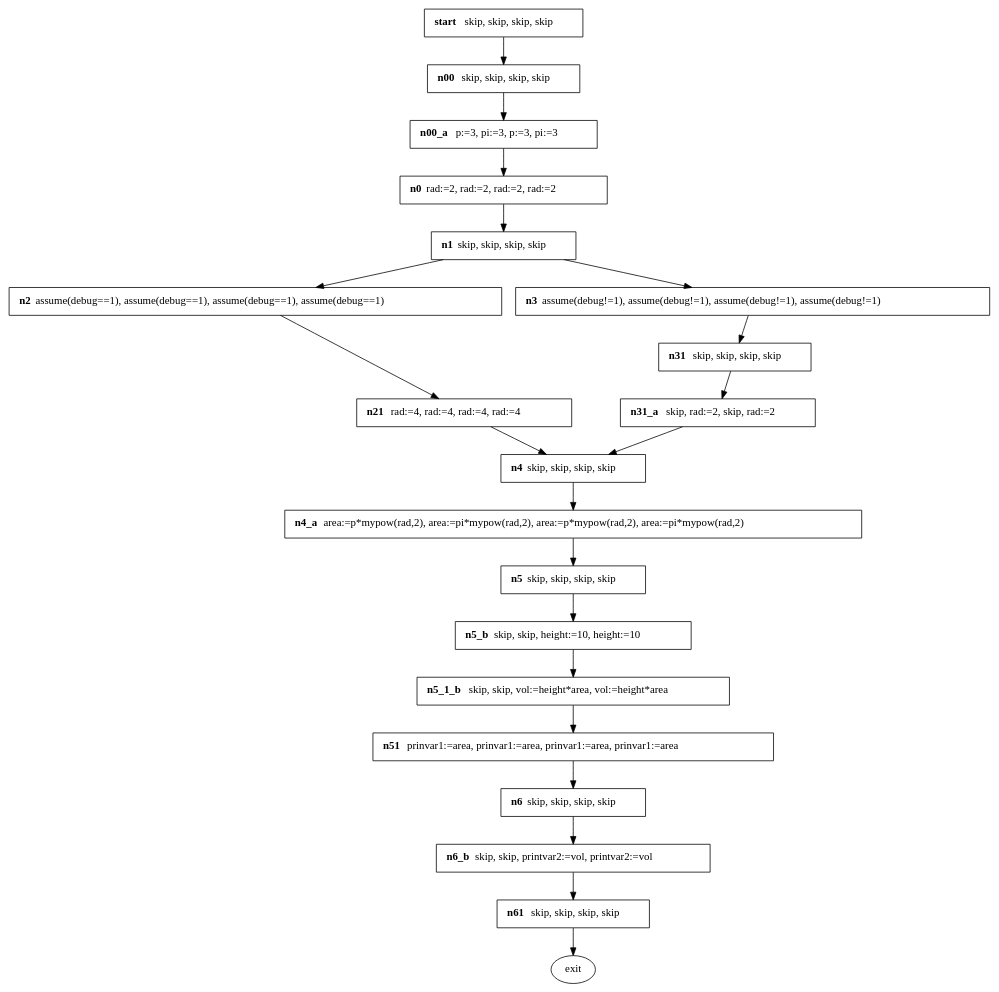
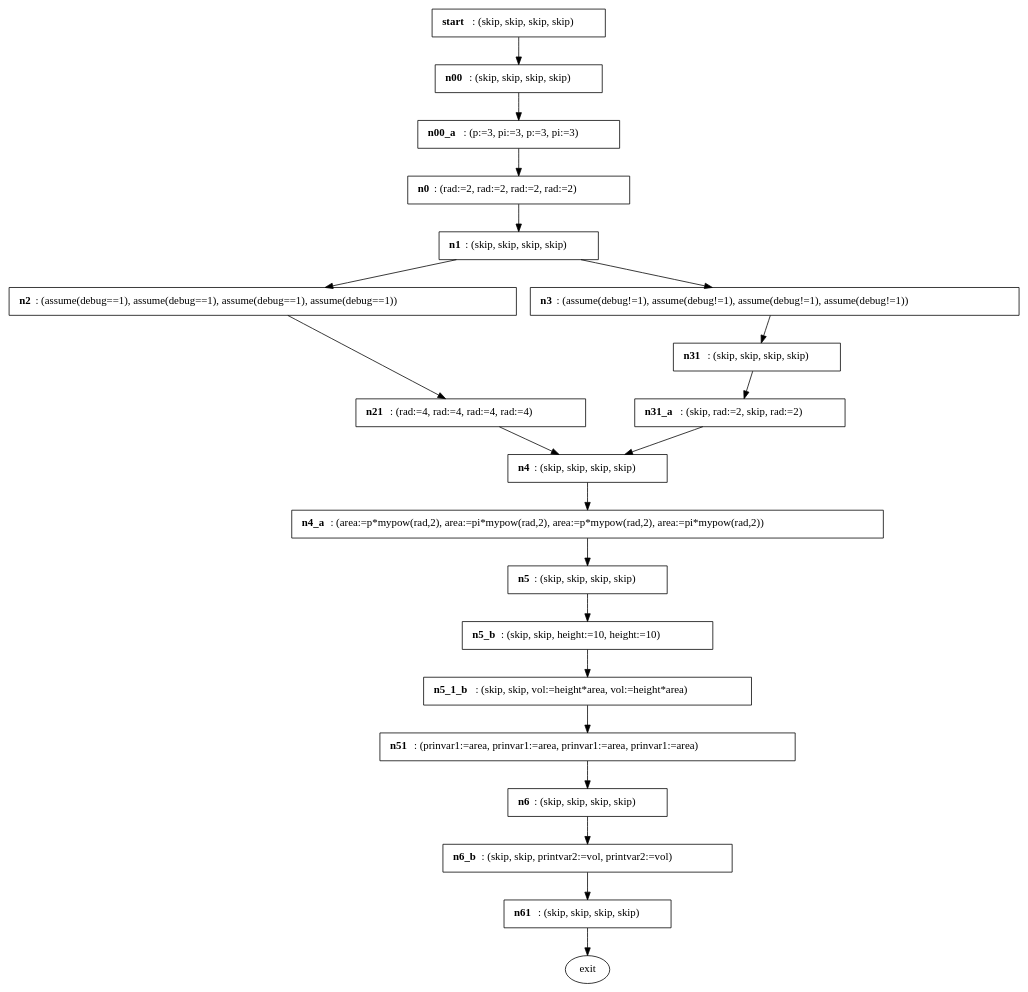
One commit to marcelosousa/safemerge changed the diagram in examples/reps/ex1/t.dot. Above: the diagram before and after it, drawn with Graphviz. The commit also changed 2 other files, not shown here.

```diff
--- a/examples/reps/ex1/t.dot
+++ b/examples/reps/ex1/t.dot
@@ -1,41 +1,41 @@
 digraph product {
-n0 [label=< <B>n0</B>rad:=2, rad:=2, rad:=2, rad:=2>, shape=box]
+n0 [label=< <B>n0</B>: (rad:=2, rad:=2, rad:=2, rad:=2)>, shape=box]
 n0 -> n1
-n00 [label=< <B>n00</B>skip, skip, skip, skip>, shape=box]
+n00 [label=< <B>n00</B>: (skip, skip, skip, skip)>, shape=box]
 n00 -> n00_a
-n00_a [label=< <B>n00_a</B>p:=3, pi:=3, p:=3, pi:=3>, shape=box]
+n00_a [label=< <B>n00_a</B>: (p:=3, pi:=3, p:=3, pi:=3)>, shape=box]
 n00_a -> n0
-n1 [label=< <B>n1</B>skip, skip, skip, skip>, shape=box]
+n1 [label=< <B>n1</B>: (skip, skip, skip, skip)>, shape=box]
 n1 -> n2
 n1 -> n3
-n2 [label=< <B>n2</B>assume(debug==1), assume(debug==1), assume(debug==1), assume(debug==1)>, shape=box]
+n2 [label=< <B>n2</B>: (assume(debug==1), assume(debug==1), assume(debug==1), assume(debug==1))>, shape=box]
 n2 -> n21
-n21 [label=< <B>n21</B>rad:=4, rad:=4, rad:=4, rad:=4>, shape=box]
+n21 [label=< <B>n21</B>: (rad:=4, rad:=4, rad:=4, rad:=4)>, shape=box]
 n21 -> n4
-n3 [label=< <B>n3</B>assume(debug!=1), assume(debug!=1), assume(debug!=1), assume(debug!=1)>, shape=box]
+n3 [label=< <B>n3</B>: (assume(debug!=1), assume(debug!=1), assume(debug!=1), assume(debug!=1))>, shape=box]
 n3 -> n31
-n31 [label=< <B>n31</B>skip, skip, skip, skip>, shape=box]
+n31 [label=< <B>n31</B>: (skip, skip, skip, skip)>, shape=box]
 n31 -> n31_a
-n31_a [label=< <B>n31_a</B>skip, rad:=2, skip, rad:=2>, shape=box]
+n31_a [label=< <B>n31_a</B>: (skip, rad:=2, skip, rad:=2)>, shape=box]
 n31_a -> n4
-n4 [label=< <B>n4</B>skip, skip, skip, skip>, shape=box]
+n4 [label=< <B>n4</B>: (skip, skip, skip, skip)>, shape=box]
 n4 -> n4_a
-n4_a [label=< <B>n4_a</B>area:=p*mypow(rad,2), area:=pi*mypow(rad,2), area:=p*mypow(rad,2), area:=pi*mypow(rad,2)>, shape=box]
+n4_a [label=< <B>n4_a</B>: (area:=p*mypow(rad,2), area:=pi*mypow(rad,2), area:=p*mypow(rad,2), area:=pi*mypow(rad,2))>, shape=box]
 n4_a -> n5
-n5 [label=< <B>n5</B>skip, skip, skip, skip>, shape=box]
+n5 [label=< <B>n5</B>: (skip, skip, skip, skip)>, shape=box]
 n5 -> n5_b
-n51 [label=< <B>n51</B>prinvar1:=area, prinvar1:=area, prinvar1:=area, prinvar1:=area>, shape=box]
+n51 [label=< <B>n51</B>: (prinvar1:=area, prinvar1:=area, prinvar1:=area, prinvar1:=area)>, shape=box]
 n51 -> n6
-n5_1_b [label=< <B>n5_1_b</B>skip, skip, vol:=height*area, vol:=height*area>, shape=box]
+n5_1_b [label=< <B>n5_1_b</B>: (skip, skip, vol:=height*area, vol:=height*area)>, shape=box]
 n5_1_b -> n51
-n5_b [label=< <B>n5_b</B>skip, skip, height:=10, height:=10>, shape=box]
+n5_b [label=< <B>n5_b</B>: (skip, skip, height:=10, height:=10)>, shape=box]
 n5_b -> n5_1_b
-n6 [label=< <B>n6</B>skip, skip, skip, skip>, shape=box]
+n6 [label=< <B>n6</B>: (skip, skip, skip, skip)>, shape=box]
 n6 -> n6_b
-n61 [label=< <B>n61</B>skip, skip, skip, skip>, shape=box]
+n61 [label=< <B>n61</B>: (skip, skip, skip, skip)>, shape=box]
 n61 -> exit
-n6_b [label=< <B>n6_b</B>skip, skip, printvar2:=vol, printvar2:=vol>, shape=box]
+n6_b [label=< <B>n6_b</B>: (skip, skip, printvar2:=vol, printvar2:=vol)>, shape=box]
 n6_b -> n61
-start [label=< <B>start</B>skip, skip, skip, skip>, shape=box]
+start [label=< <B>start</B>: (skip, skip, skip, skip)>, shape=box]
 start -> n00
 }
```
